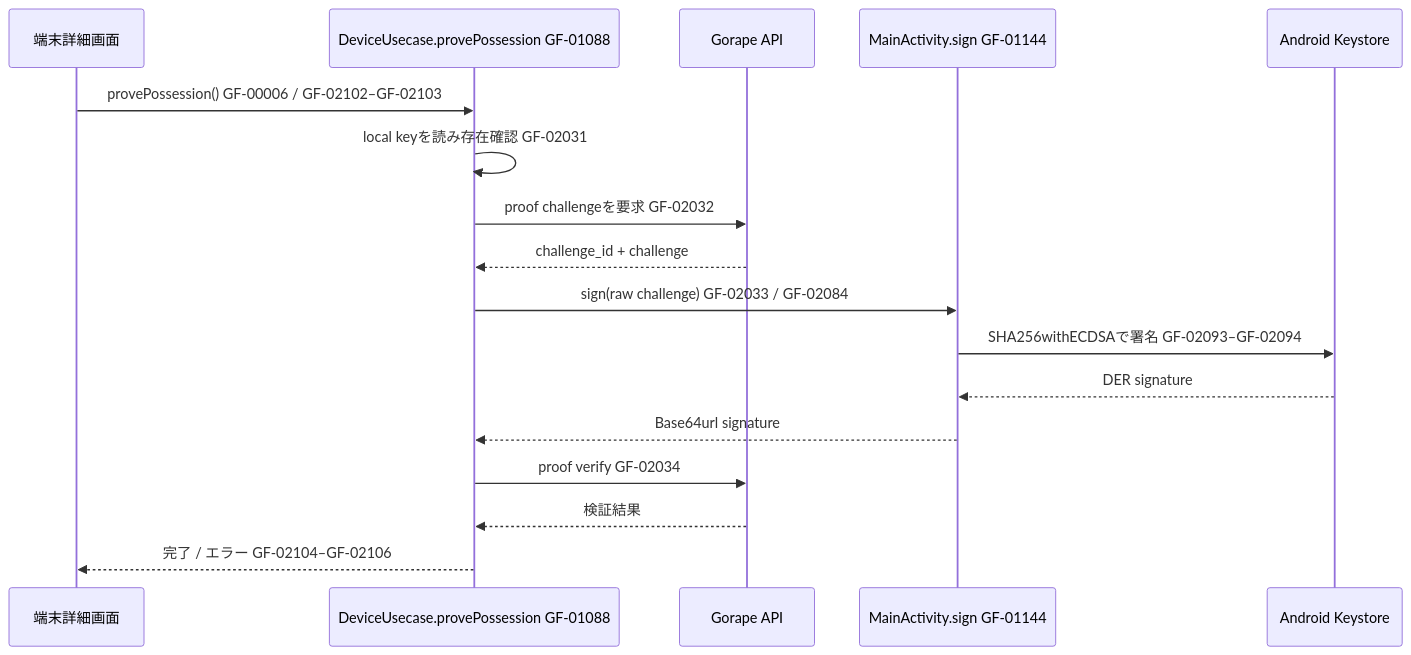
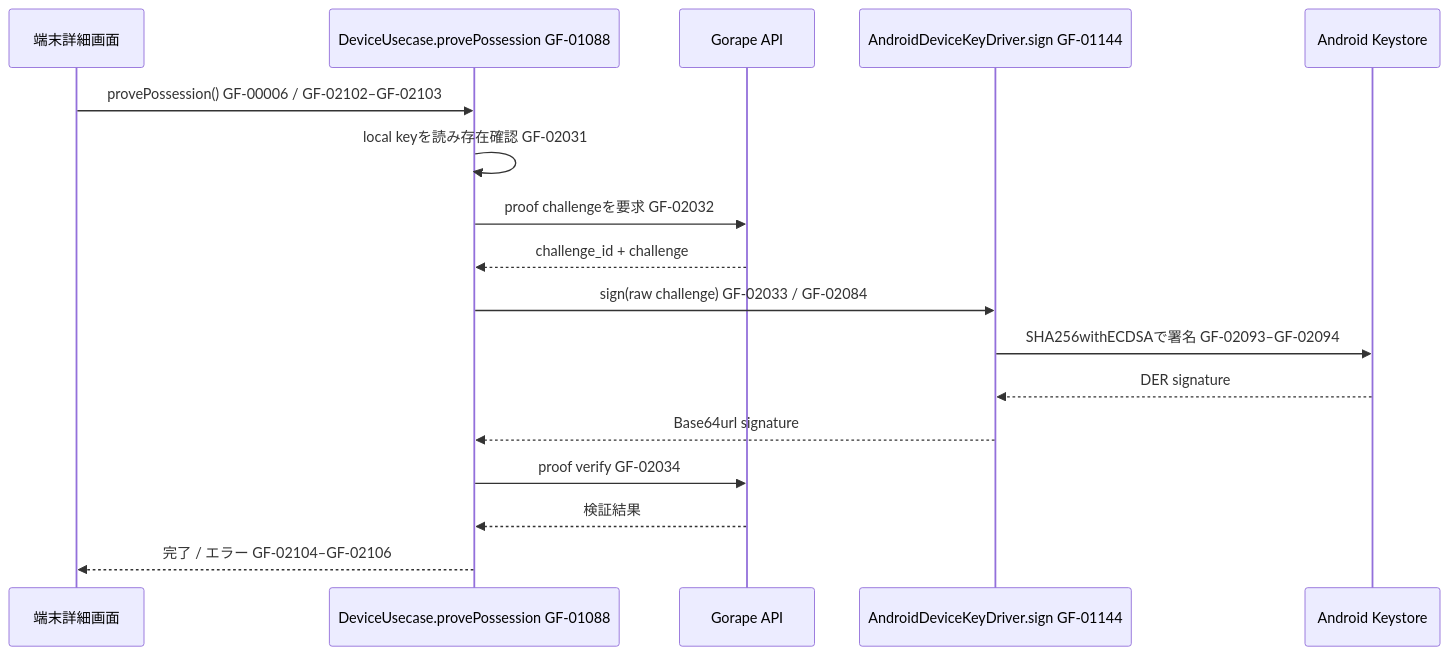
The seventh of 9 diagrams in docs/jp/ARCHITECTURE.md (GorapeFlutter/gf-app), drawn with Mermaid before and after one commit. The commit also changed other lines of this file and 53 other files, not shown here.

````diff
--- a/docs/jp/ARCHITECTURE.md
+++ b/docs/jp/ARCHITECTURE.md
@@ -275,19 +299,19 @@
 ```mermaid
 sequenceDiagram
     participant UI as 端末詳細画面
     participant UC as DeviceUsecase.provePossession GF-01088
     participant API as Gorape API
-    participant Native as MainActivity.sign GF-01144
+    participant Native as AndroidDeviceKeyDriver.sign GF-01144
     participant KS as Android Keystore
     UI->>UC: provePossession() GF-00006 / GF-02102–GF-02103
     UC->>UC: local keyを読み存在確認 GF-02031
     UC->>API: proof challengeを要求 GF-02032
     API-->>UC: challenge_id + challenge
     UC->>Native: sign(raw challenge) GF-02033 / GF-02084
     Native->>KS: SHA256withECDSAで署名 GF-02093–GF-02094
     KS-->>Native: DER signature
     Native-->>UC: Base64url signature
     UC->>API: proof verify GF-02034
     API-->>UC: 検証結果
     UC-->>UI: 完了 / エラー GF-02104–GF-02106
 ```
````
